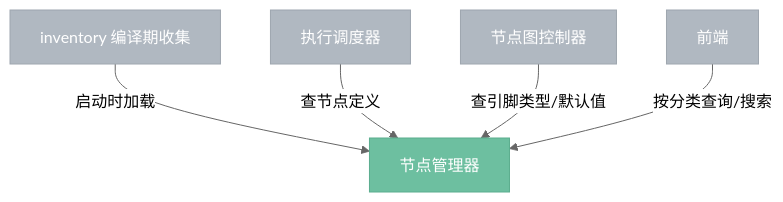
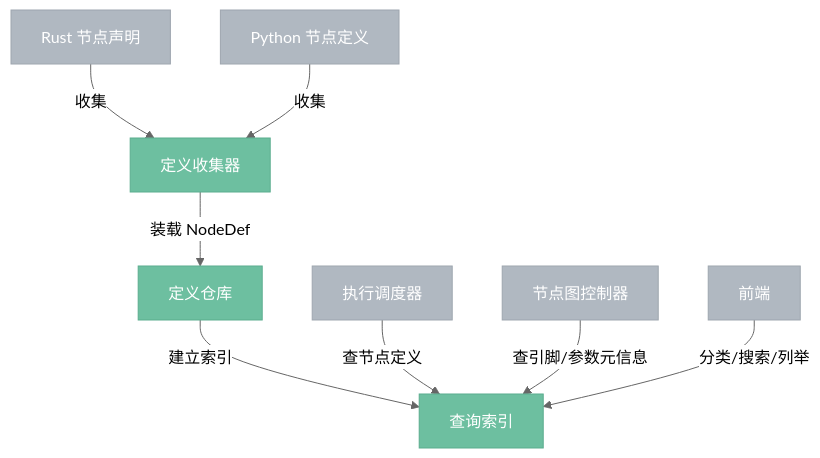
Before and after one commit to aporicho/nodeimg: the diagram in docs/target/4.4.0-node-manager.impl.md, drawn with Mermaid (neutral theme). The commit also changed other lines of this file and 22 other files, not shown here.

````diff
--- a/docs/target/4.4.0-node-manager.impl.md
+++ b/docs/target/4.4.0-node-manager.impl.md
@@ -7,12 +17,16 @@
 ```mermaid
 %%{ init: { 'flowchart': { 'curve': 'basis' } } }%%
 flowchart TB
     classDef internal fill:#6DBFA0,stroke:#5BAD8E,color:#fff
     classDef external fill:#B0B8C1,stroke:#9EA6AF,color:#fff
 
-    inventory["inventory 编译期收集"]:::external -->|"启动时加载"| 节点管理器["节点管理器"]:::internal
+    Rust节点["Rust 节点声明"]:::external -->|"收集"| 定义收集器["定义收集器"]:::internal
+    Python节点["Python 节点定义"]:::external -->|"收集"| 定义收集器
 
-    调度器["执行调度器"]:::external -->|"查节点定义"| 节点管理器
-    节点图控制器["节点图控制器"]:::external -->|"查引脚类型/默认值"| 节点管理器
-    前端["前端"]:::external -->|"按分类查询/搜索"| 节点管理器
+    定义收集器 -->|"装载 NodeDef"| 定义仓库["定义仓库"]:::internal
+    定义仓库 -->|"建立索引"| 查询索引["查询索引"]:::internal
+
+    调度器["执行调度器"]:::external -->|"查节点定义"| 查询索引
+    节点图控制器["节点图控制器"]:::external -->|"查引脚/参数元信息"| 查询索引
+    前端["前端"]:::external -->|"分类/搜索/列举"| 查询索引
 ```
````
